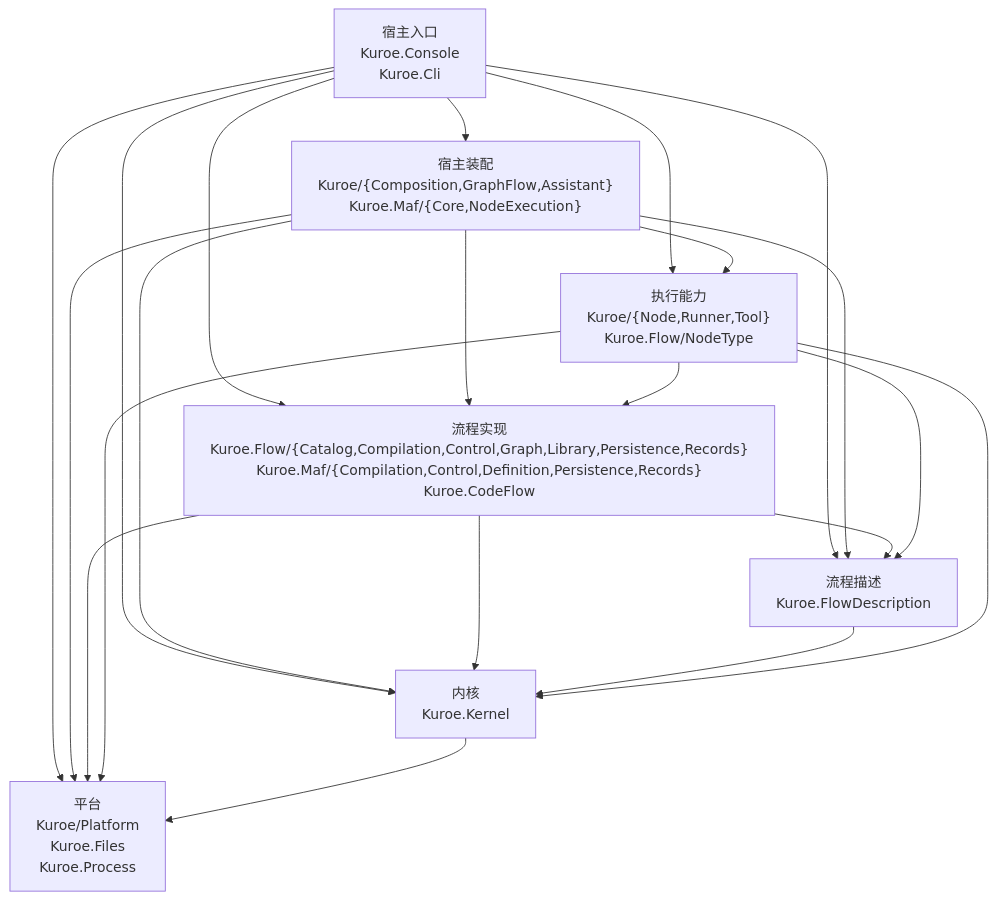
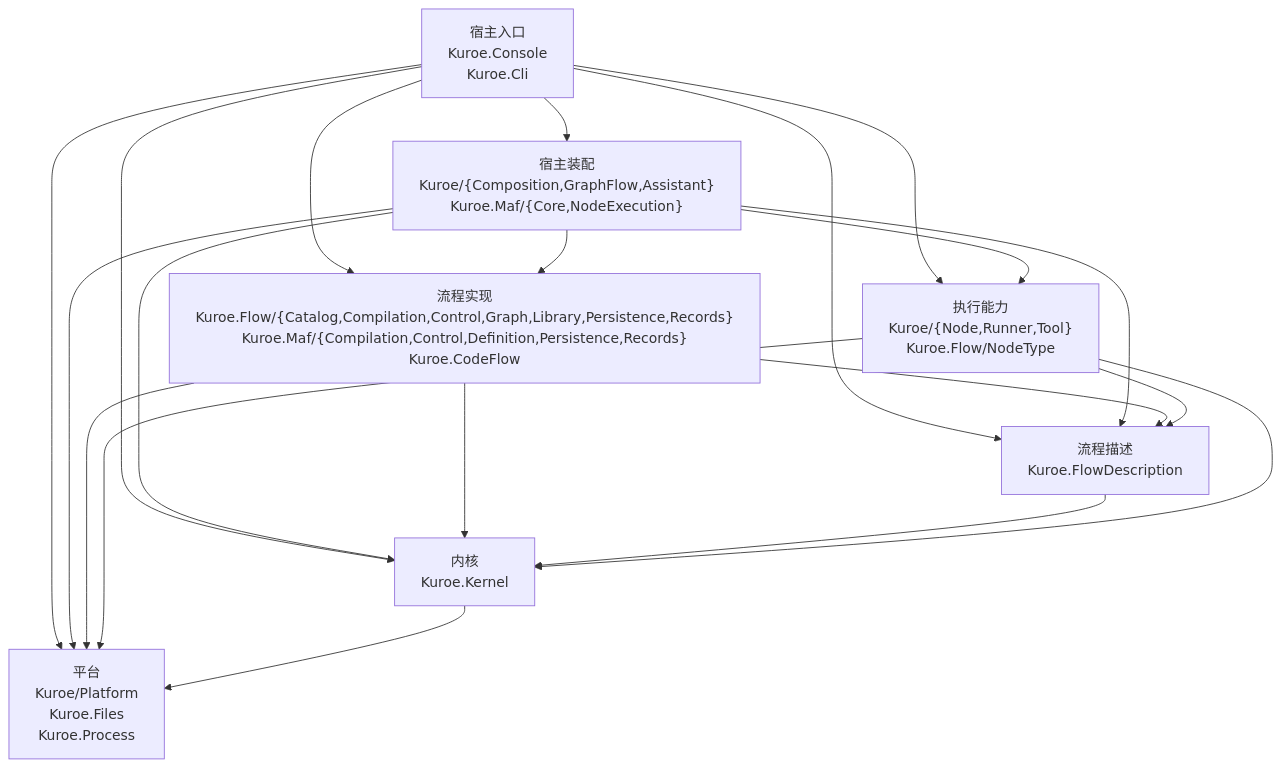
Before and after one commit to DrMelt/Kuroe: the diagram in docs/dev/architecture/functional-boundary/index.md, drawn with Mermaid. The commit also changed 6 other files, not shown here.

Commit message:
容器节点类型去掉未使用的图共享层引用，结构图与注释按实际依赖修正

````diff
--- a/docs/dev/architecture/functional-boundary/index.md
+++ b/docs/dev/architecture/functional-boundary/index.md
@@ -3,31 +3,30 @@
 ```mermaid
 flowchart TD
     LEntry["宿主入口<br>Kuroe.Console<br>Kuroe.Cli"]
     LAssembly["宿主装配<br>Kuroe/{Composition,GraphFlow,Assistant}<br>Kuroe.Maf/{Core,NodeExecution}"]
     LFlow["流程实现<br>Kuroe.Flow/{Catalog,Compilation,Control,Graph,Library,Persistence,Records}<br>Kuroe.Maf/{Compilation,Control,Definition,Persistence,Records}<br>Kuroe.CodeFlow"]
     LDescription["流程描述<br>Kuroe.FlowDescription"]
     LAbility["执行能力<br>Kuroe/{Node,Runner,Tool}<br>Kuroe.Flow/NodeType"]
     LKernel["内核<br>Kuroe.Kernel"]
     LPlatform["平台<br>Kuroe/Platform<br>Kuroe.Files<br>Kuroe.Process"]
 
     LEntry --> LAssembly
     LEntry --> LFlow
     LEntry --> LDescription
     LEntry --> LAbility
     LEntry --> LKernel
     LEntry --> LPlatform
     LAssembly --> LFlow
     LAssembly --> LDescription
     LAssembly --> LAbility
     LAssembly --> LKernel
     LAssembly --> LPlatform
     LFlow --> LDescription
     LFlow --> LKernel
     LFlow --> LPlatform
     LDescription --> LKernel
-    LAbility --> LFlow
     LAbility --> LDescription
     LAbility --> LKernel
     LAbility --> LPlatform
     LKernel --> LPlatform
 ```
````
